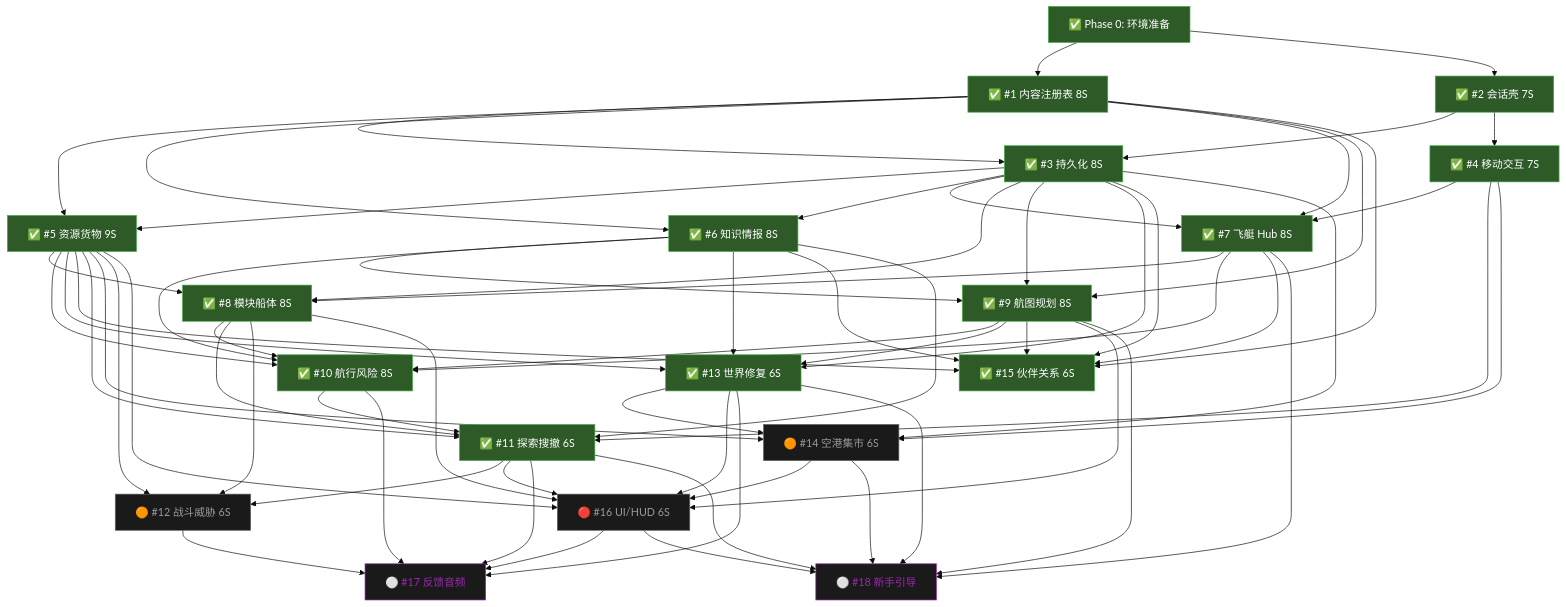
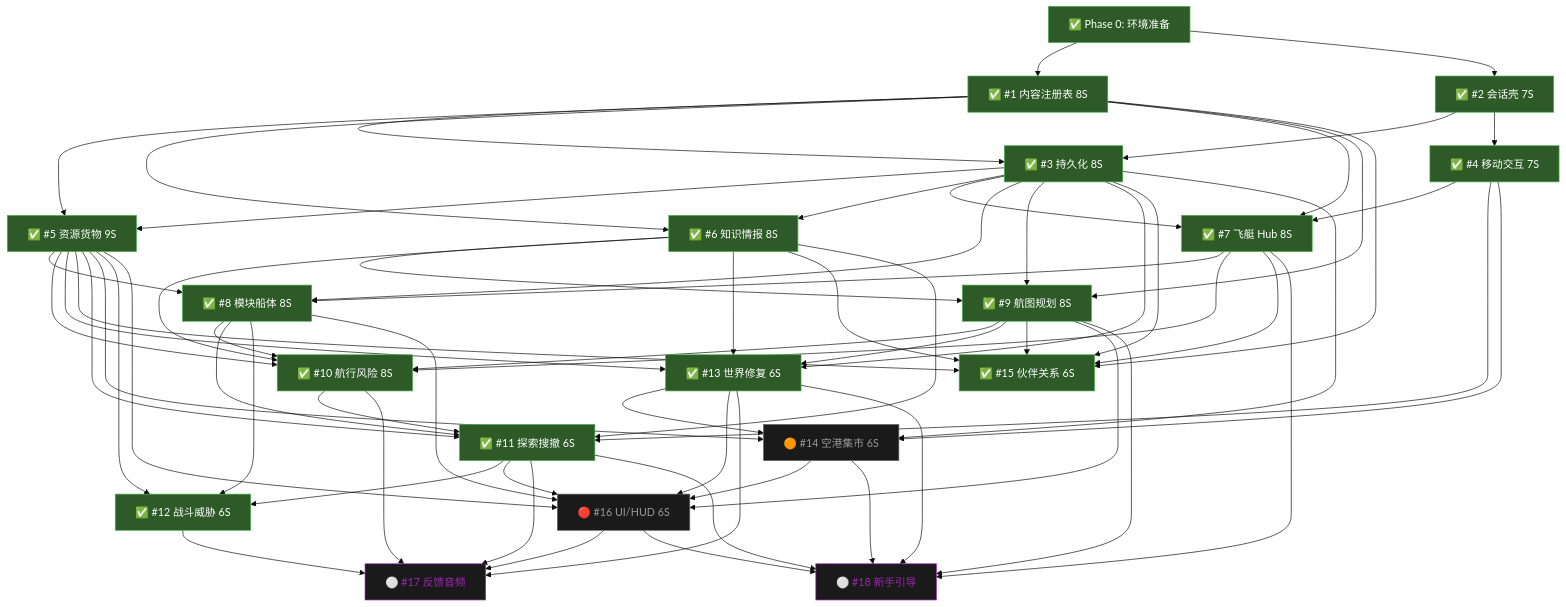
The second of 3 diagrams in docs/reference/production-flowchart.md (lieinsay/Claude-Code-Game-Studios), drawn with Mermaid (base theme) before and after one commit. The commit also changed other lines of this file and 11 other files, not shown here.

```diff
--- a/docs/reference/production-flowchart.md
+++ b/docs/reference/production-flowchart.md
@@ -87,7 +87,7 @@
     S11["✅ #11 探索搜撤 6S"]:::done
     S14["🟠 #14 空港集市 6S"]:::future
 
-    S12["🟠 #12 战斗威胁 6S"]:::future
+    S12["✅ #12 战斗威胁 6S"]:::done
 
     S16["🔴 #16 UI/HUD 6S"]:::future
 
```
